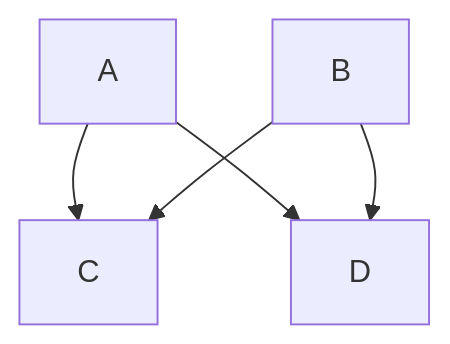
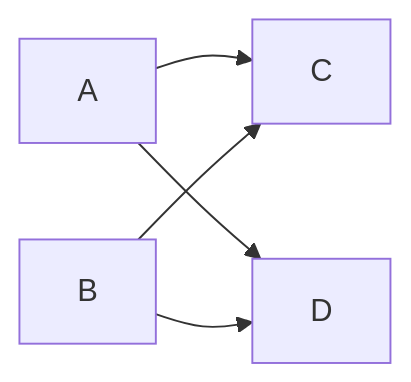
One commit to DstMlOpsCrypto/MainCrypto changed the diagram in README.md. Above: the diagram before and after it, drawn with Mermaid.

````diff
--- a/README.md
+++ b/README.md
@@ -2,7 +2,7 @@
 ```mermaid
-flowchart TB
+flowchart LR
     A --> C
     A --> D
     B --> C
     B --> D
 ```
````
